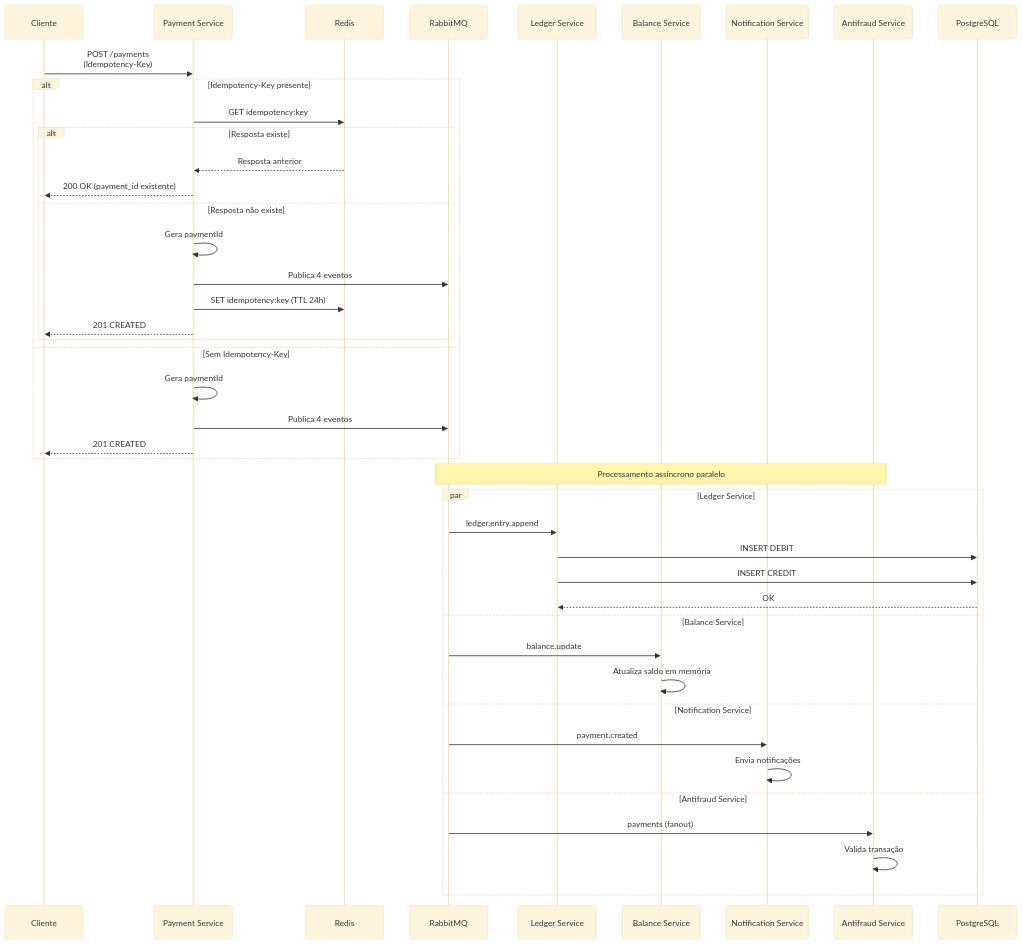
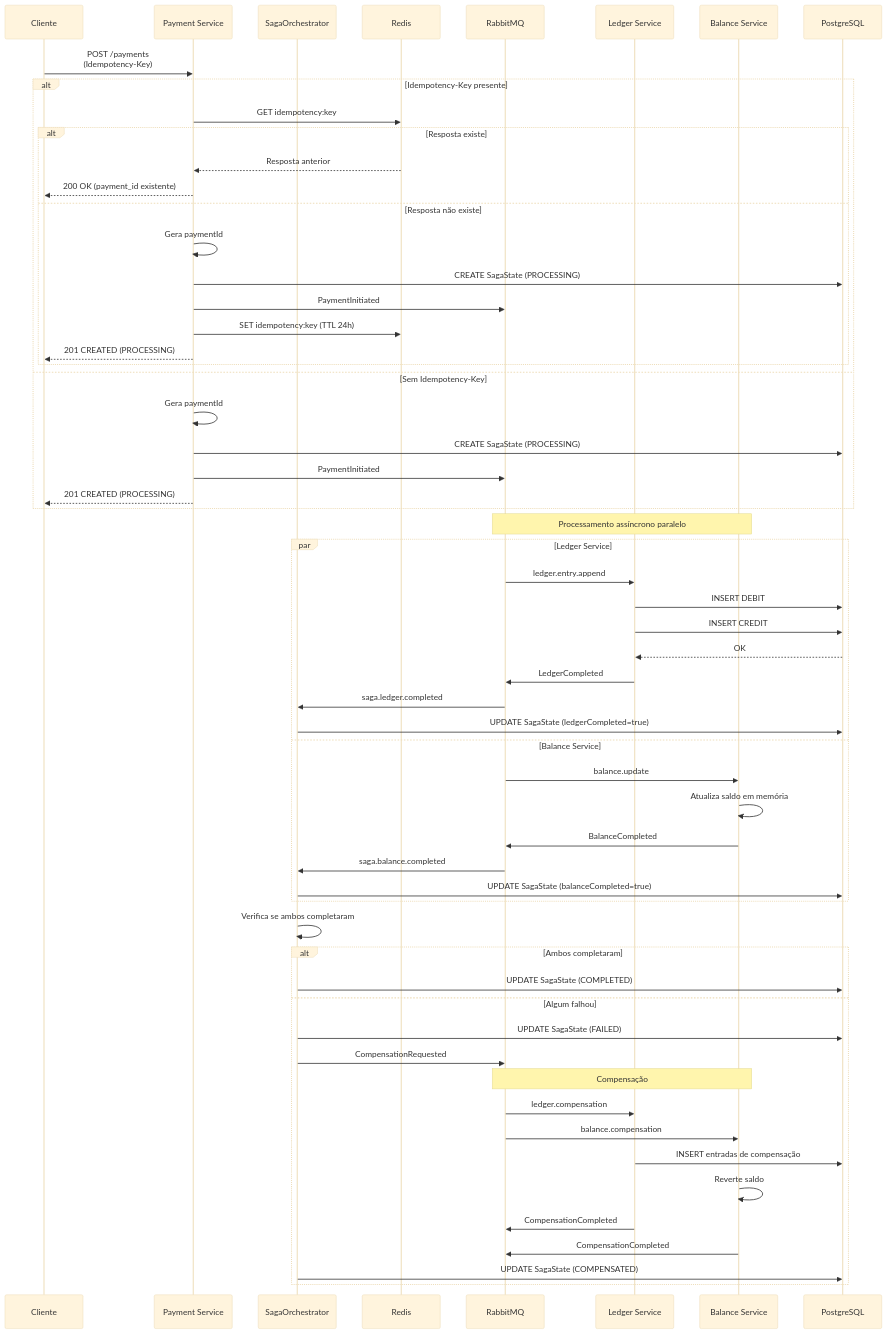
Before and after one commit to wheslleyrimar/fintechdev-5: the second of 2 diagrams in README.md, drawn with Mermaid (base theme). The commit also changed other lines of this file and 22 other files, not shown here.

First line of the commit message:
feat: implement SAGA pattern with timeout and automatic compensation

````diff
--- a/README.md
+++ b/README.md
@@ -257,49 +333,66 @@
 ```mermaid
 sequenceDiagram
     participant C as Cliente
     participant PS as Payment Service
+    participant SO as SagaOrchestrator
     participant R as Redis
     participant MQ as RabbitMQ
     participant LS as Ledger Service
     participant BS as Balance Service
-    participant NS as Notification Service
-    participant AS as Antifraud Service
     participant PG as PostgreSQL
 
     C->>PS: POST /payments<br/>(Idempotency-Key)
     
     alt Idempotency-Key presente
         PS->>R: GET idempotency:key
         alt Resposta existe
             R-->>PS: Resposta anterior
             PS-->>C: 200 OK (payment_id existente)
         else Resposta não existe
             PS->>PS: Gera paymentId
-            PS->>MQ: Publica 4 eventos
+            PS->>PG: CREATE SagaState (PROCESSING)
+            PS->>MQ: PaymentInitiated
             PS->>R: SET idempotency:key (TTL 24h)
-            PS-->>C: 201 CREATED
+            PS-->>C: 201 CREATED (PROCESSING)
         end
     else Sem Idempotency-Key
         PS->>PS: Gera paymentId
-        PS->>MQ: Publica 4 eventos
-        PS-->>C: 201 CREATED
+        PS->>PG: CREATE SagaState (PROCESSING)
+        PS->>MQ: PaymentInitiated
+        PS-->>C: 201 CREATED (PROCESSING)
     end
     
-    Note over MQ,AS: Processamento assíncrono paralelo
+    Note over MQ,BS: Processamento assíncrono paralelo
     
     par Ledger Service
         MQ->>LS: ledger.entry.append
         LS->>PG: INSERT DEBIT
         LS->>PG: INSERT CREDIT
         PG-->>LS: OK
+        LS->>MQ: LedgerCompleted
+        MQ->>SO: saga.ledger.completed
+        SO->>PG: UPDATE SagaState (ledgerCompleted=true)
     and Balance Service
         MQ->>BS: balance.update
         BS->>BS: Atualiza saldo em memória
-    and Notification Service
-        MQ->>NS: payment.created
-        NS->>NS: Envia notificações
-    and Antifraud Service
-        MQ->>AS: payments (fanout)
-        AS->>AS: Valida transação
+        BS->>MQ: BalanceCompleted
+        MQ->>SO: saga.balance.completed
+        SO->>PG: UPDATE SagaState (balanceCompleted=true)
+    end
+    
+    SO->>SO: Verifica se ambos completaram
+    alt Ambos completaram
+        SO->>PG: UPDATE SagaState (COMPLETED)
+    else Algum falhou
+        SO->>PG: UPDATE SagaState (FAILED)
+        SO->>MQ: CompensationRequested
+        Note over MQ,BS: Compensação
+        MQ->>LS: ledger.compensation
+        MQ->>BS: balance.compensation
+        LS->>PG: INSERT entradas de compensação
+        BS->>BS: Reverte saldo
+        LS->>MQ: CompensationCompleted
+        BS->>MQ: CompensationCompleted
+        SO->>PG: UPDATE SagaState (COMPENSATED)
     end
 ```
````
